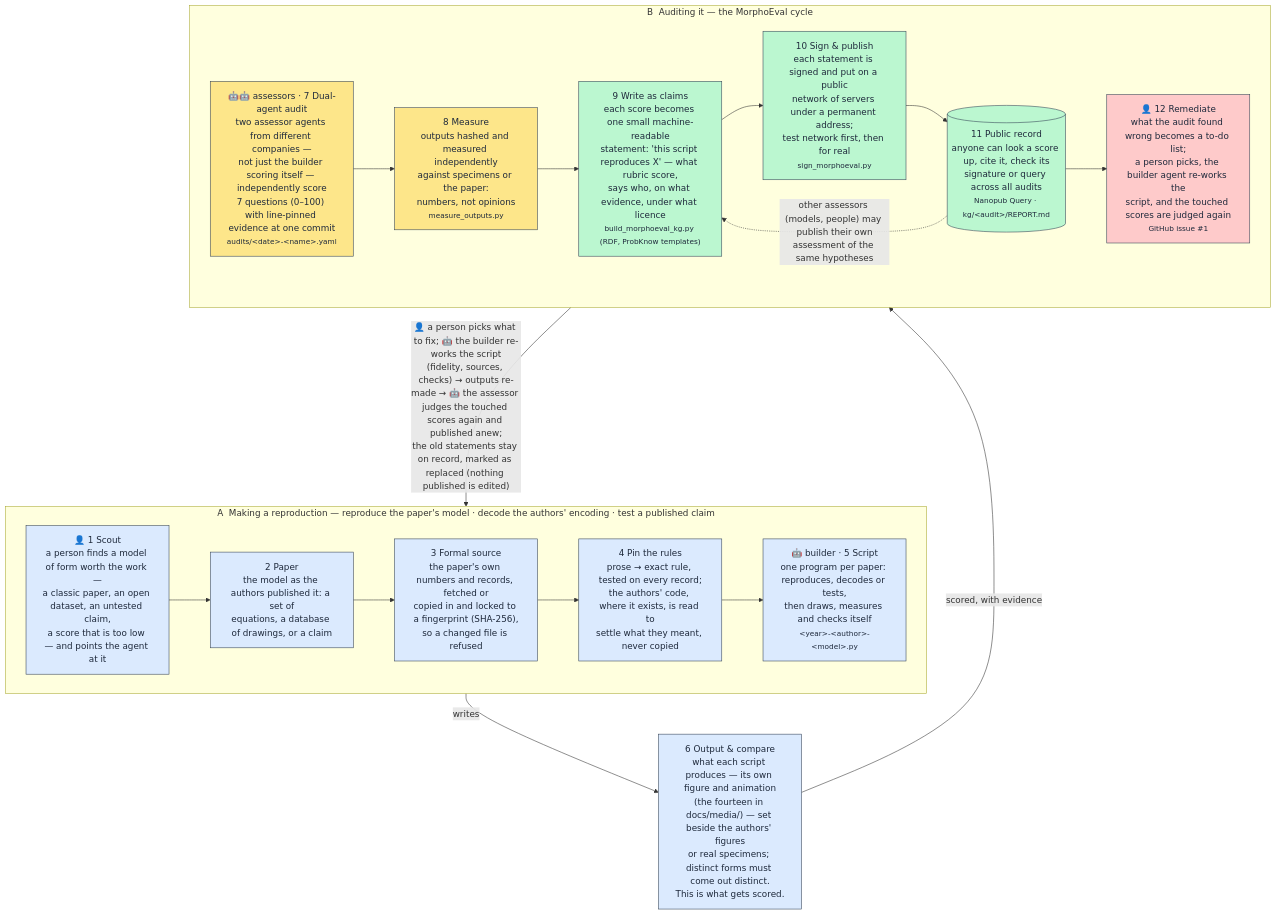
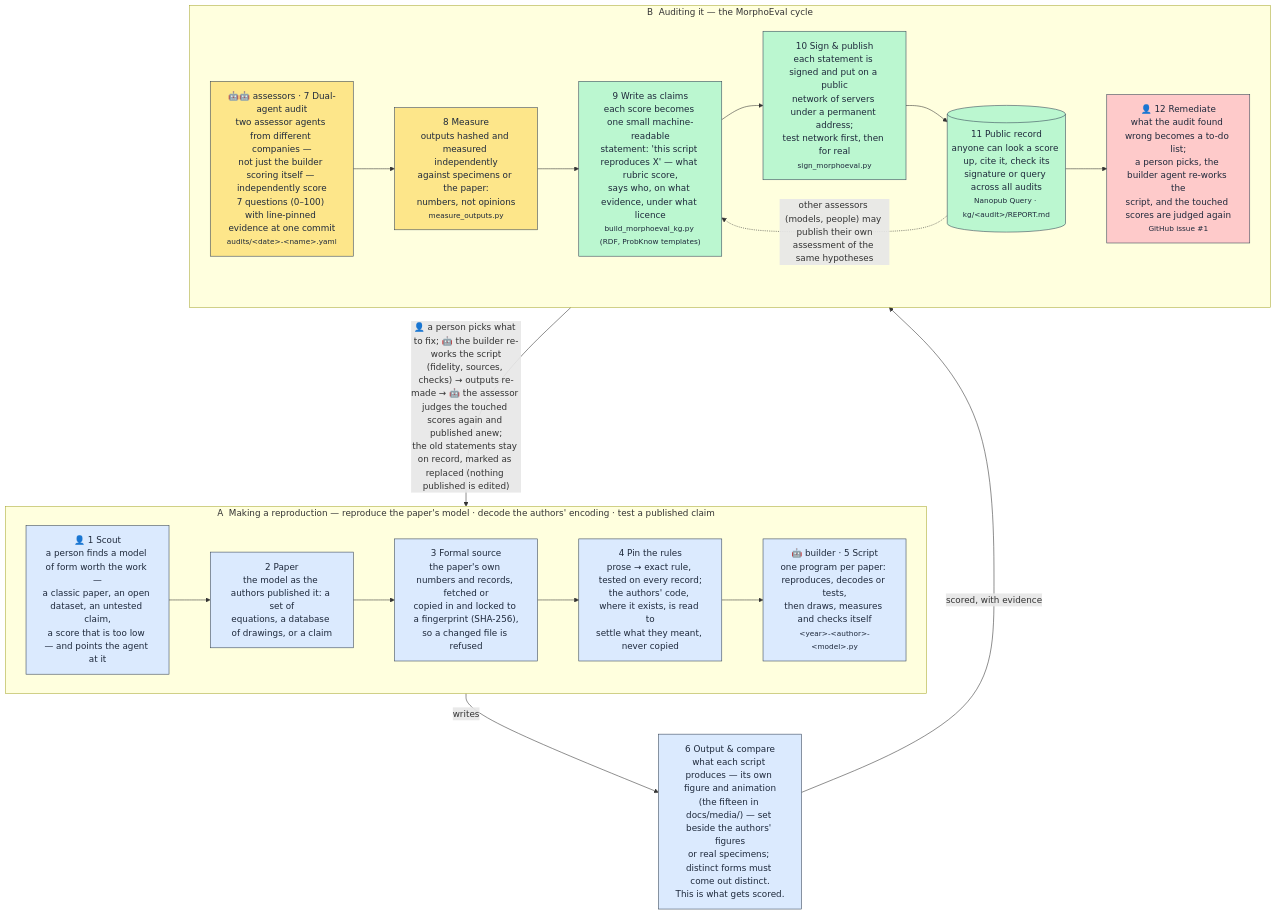
Before and after one commit to fractastical/morpholib: the diagram in morphoeval/README.md, drawn with Mermaid. The commit also changed other lines of this file and 13 other files, not shown here.

````diff
--- a/morphoeval/README.md
+++ b/morphoeval/README.md
@@ -69,35 +69,35 @@
 ```mermaid
 flowchart TB
     classDef build fill:#dbeafe,stroke:#334155,color:#1e293b
     classDef eval fill:#fde68a,stroke:#334155,color:#1e293b
     classDef pub fill:#bbf7d0,stroke:#334155,color:#1e293b
     classDef loop fill:#fecaca,stroke:#334155,color:#1e293b
 
     subgraph A["A &nbsp;Making a reproduction — reproduce the paper's model · decode the authors' encoding · test a published claim"]
         direction LR
         SC["👤 1 Scout<br/>a person finds a model of form worth the work —<br/>a classic paper, an open dataset, an untested claim,<br/>a score that is too low — and points the agent at it"]:::build
         P["2 Paper<br/>the model as the authors published it: a set of<br/>equations, a database of drawings, or a claim"]:::build
         S["3 Formal source<br/>the paper's own numbers and records, fetched or<br/>copied in and locked to a fingerprint (SHA-256),<br/>so a changed file is refused"]:::build
         R["4 Pin the rules<br/>prose → exact rule, tested on every record;<br/>the authors' code, where it exists, is read to<br/>settle what they meant, never copied"]:::build
         X["🤖 builder · 5 Script<br/>one program per paper: reproduces, decodes or tests,<br/>then draws, measures and checks itself<br/><small>&lt;year&gt;-&lt;author&gt;-&lt;model&gt;.py</small>"]:::build
         SC --> P --> S --> R --> X
     end
 
-    O["6 Output &amp; compare<br/>what each script produces — its own figure and animation<br/>(the fourteen in docs/media/) — set beside the authors' figures<br/>or real specimens; distinct forms must come out distinct.<br/>This is what gets scored."]:::build
+    O["6 Output &amp; compare<br/>what each script produces — its own figure and animation<br/>(the fifteen in docs/media/) — set beside the authors' figures<br/>or real specimens; distinct forms must come out distinct.<br/>This is what gets scored."]:::build
     X -- writes --> O
 
     subgraph B["B &nbsp;Auditing it — the MorphoEval cycle"]
         direction LR
         AU["🤖🤖 assessors · 7 Dual-agent audit<br/>two assessor agents from different companies —<br/>not just the builder scoring itself — independently score<br/>7 questions (0–100) with line-pinned evidence at one commit<br/><small>audits/&lt;date&gt;-&lt;name&gt;.yaml</small>"]:::eval
         M["8 Measure<br/>outputs hashed and measured independently<br/>against specimens or the paper:<br/>numbers, not opinions<br/><small>measure_outputs.py</small>"]:::eval
         BG["9 Write as claims<br/>each score becomes one small machine-readable<br/>statement: 'this script reproduces X' — what rubric score,<br/>says who, on what evidence, under what licence<br/><small>build_morphoeval_kg.py (RDF, ProbKnow templates)</small>"]:::pub
         PU["10 Sign &amp; publish<br/>each statement is signed and put on a public<br/>network of servers under a permanent address;<br/>test network first, then for real<br/><small>sign_morphoeval.py</small>"]:::pub
         G[("11 Public record<br/>anyone can look a score up, cite it, check its<br/>signature or query across all audits<br/><small>Nanopub Query · kg/&lt;audit&gt;/REPORT.md</small>")]:::pub
         T["👤 12 Remediate<br/>what the audit found wrong becomes a to-do list;<br/>a person picks, the builder agent re-works the<br/>script, and the touched scores are judged again<br/><small>GitHub issue #1</small>"]:::loop
         AU --> M --> BG --> PU --> G --> T
     end
 
     O -- scored, with evidence --> AU
     T -- "👤 a person picks what to fix; 🤖 the builder re-works the script<br/>(fidelity, sources, checks) → outputs re-made → 🤖 the assessor judges the touched scores again and published anew;<br/>the old statements stay on record, marked as replaced (nothing published is edited)" --> X
     G -. other assessors (models, people) may publish their own<br/>assessment of the same hypotheses .-> BG
 ```
````
